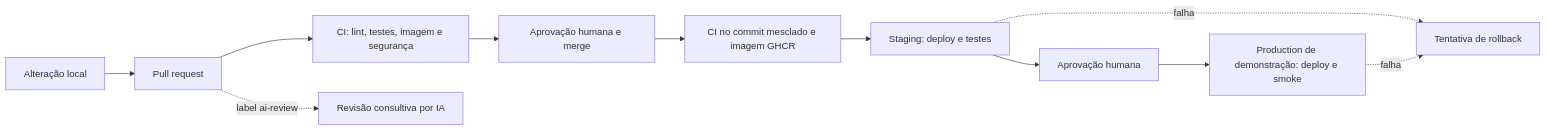
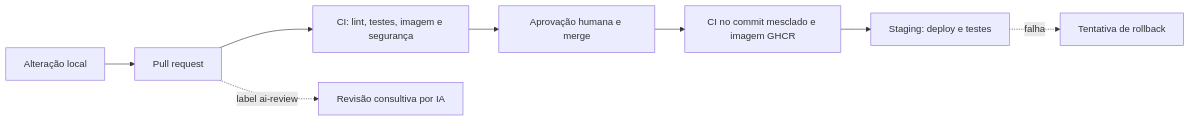
The diagram in README.md (bombaatonica/ai-dev-pipeline), drawn with Mermaid before and after one commit. The commit also changed other lines of this file and 5 other files, not shown here.

````diff
--- a/README.md
+++ b/README.md
@@ -5,13 +5,10 @@
 ```mermaid
 flowchart LR
   A[Alteração local] --> B[Pull request]
   B --> C[CI: lint, testes, imagem e segurança]
   B -. label ai-review .-> D[Revisão consultiva por IA]
   C --> E[Aprovação humana e merge]
   E --> F[CI no commit mesclado e imagem GHCR]
   F --> G[Staging: deploy e testes]
-  G --> H[Aprovação humana]
-  H --> I[Production de demonstração: deploy e smoke]
   G -. falha .-> J[Tentativa de rollback]
-  I -. falha .-> J
 ```
````
